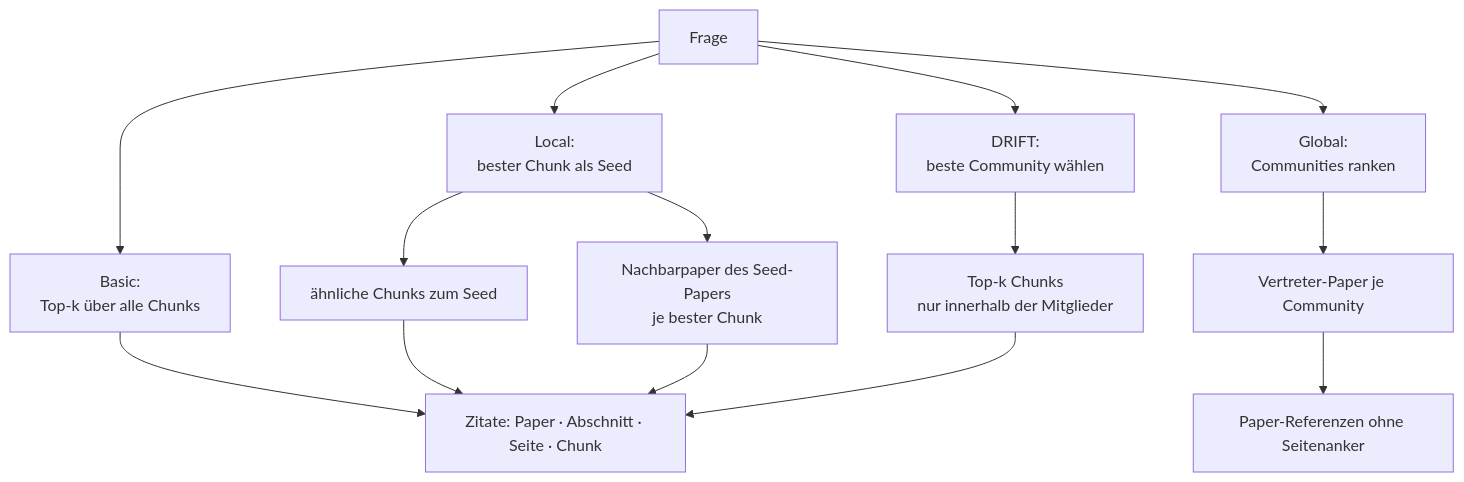
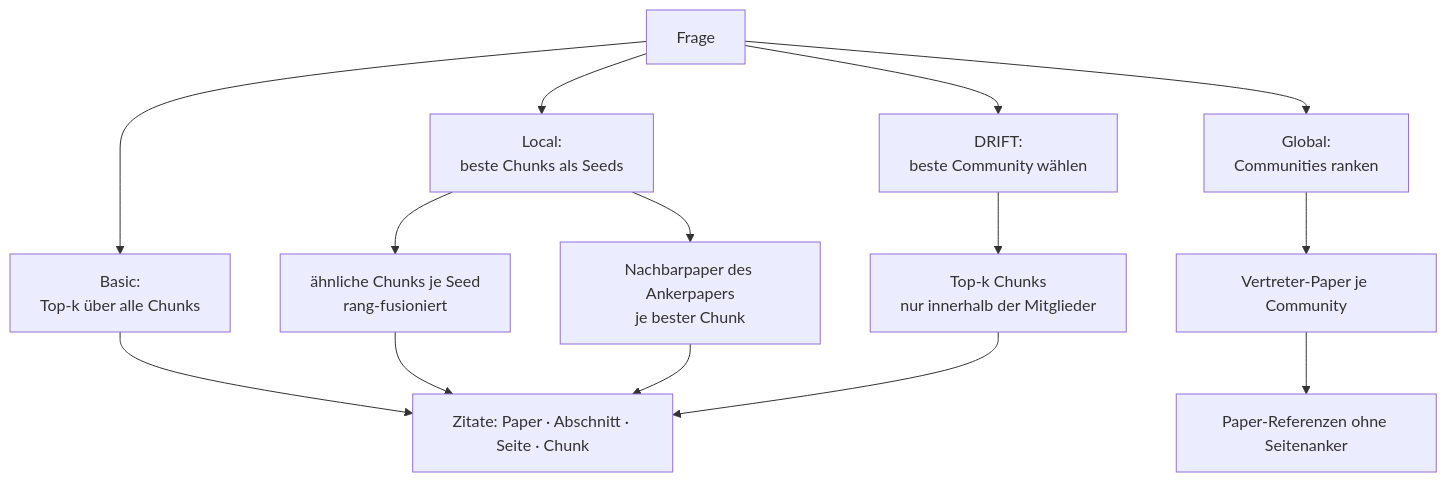
Before and after one commit to MomoEngineer/research-graphrag: the ninth of 13 diagrams in docs/funktionsweise.md, drawn with Mermaid. The commit also changed other lines of this file and 29 other files, not shown here.

First line of the commit message:
Implement multi-seed support in local search retrieval

````diff
--- a/docs/funktionsweise.md
+++ b/docs/funktionsweise.md
@@ -278,19 +278,19 @@
 ```mermaid
 flowchart TD
     Q["Frage"]
     Q --> B["Basic:<br/>Top-k über alle Chunks"]
-    Q --> L["Local:<br/>bester Chunk als Seed"]
+    Q --> L["Local:<br/>beste Chunks als Seeds"]
     Q --> G["Global:<br/>Communities ranken"]
     Q --> D["DRIFT:<br/>beste Community wählen"]
 
-    L --> L1["ähnliche Chunks zum Seed"]
-    L --> L2["Nachbarpaper des Seed-Papers<br/>je bester Chunk"]
+    L --> L1["ähnliche Chunks je Seed<br/>rang-fusioniert"]
+    L --> L2["Nachbarpaper des Ankerpapers<br/>je bester Chunk"]
     G --> G1["Vertreter-Paper je Community"]
     D --> D1["Top-k Chunks<br/>nur innerhalb der Mitglieder"]
 
     B --> C["Zitate: Paper · Abschnitt · Seite · Chunk"]
     L1 --> C
     L2 --> C
     D1 --> C
     G1 --> P["Paper-Referenzen ohne Seitenanker"]
 ```
````
